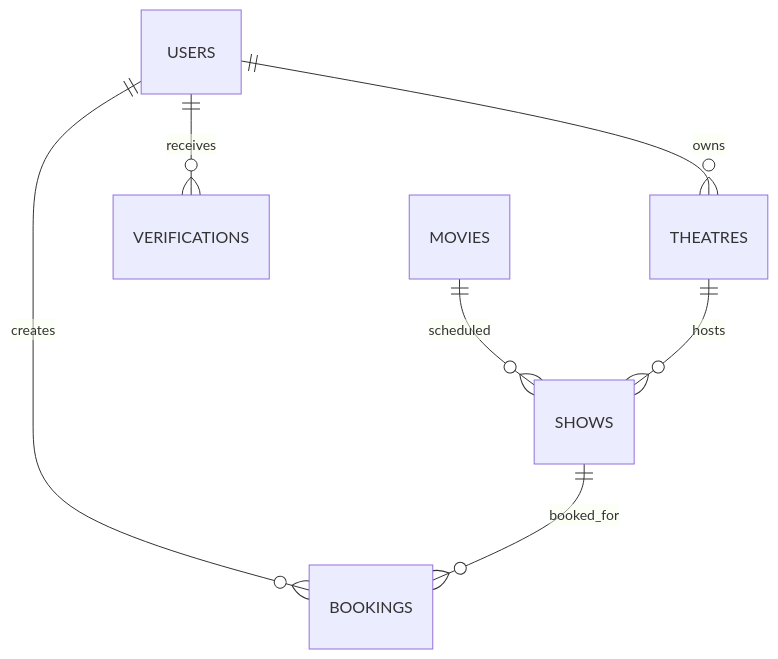
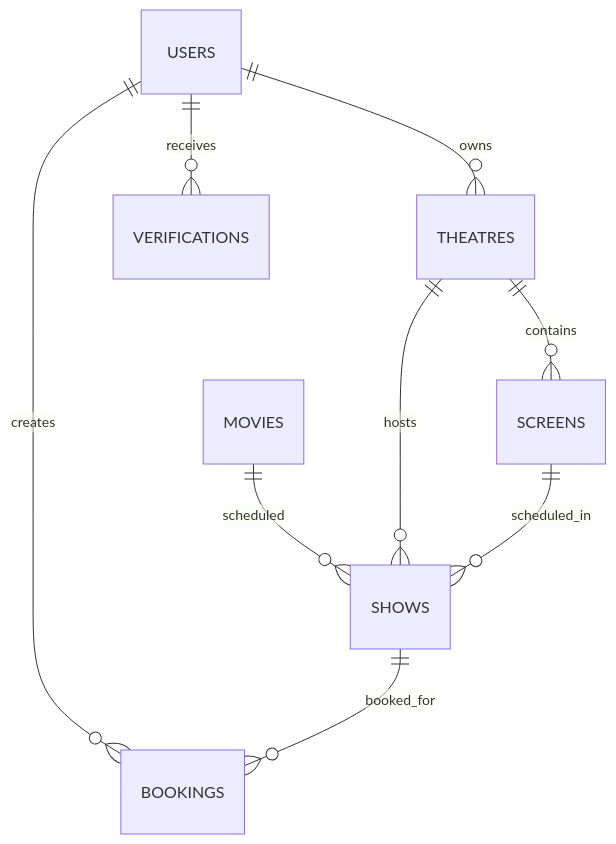
The tenth of 11 diagrams in docs/ARCHITECTURE.md (Shravan-509/BookMyShow), drawn with Mermaid before and after one commit. The commit also changed other lines of this file and 44 other files, not shown here.

````diff
--- a/docs/ARCHITECTURE.md
+++ b/docs/ARCHITECTURE.md
@@ -667,12 +681,14 @@
 ```mermaid
 erDiagram
 
     USERS ||--o{ THEATRES : owns
     USERS ||--o{ BOOKINGS : creates
     USERS ||--o{ VERIFICATIONS : receives
 
     MOVIES ||--o{ SHOWS : scheduled
     THEATRES ||--o{ SHOWS : hosts
+    THEATRES ||--o{ SCREENS : contains
+    SCREENS ||--o{ SHOWS : scheduled_in
 
     SHOWS ||--o{ BOOKINGS : booked_for
 ```
````
